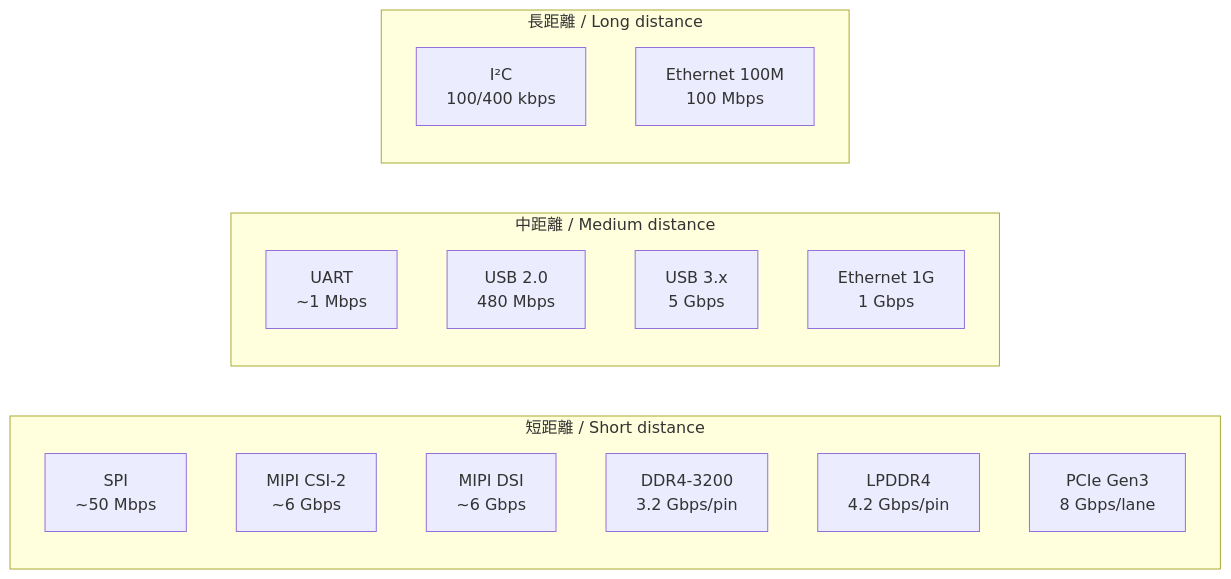
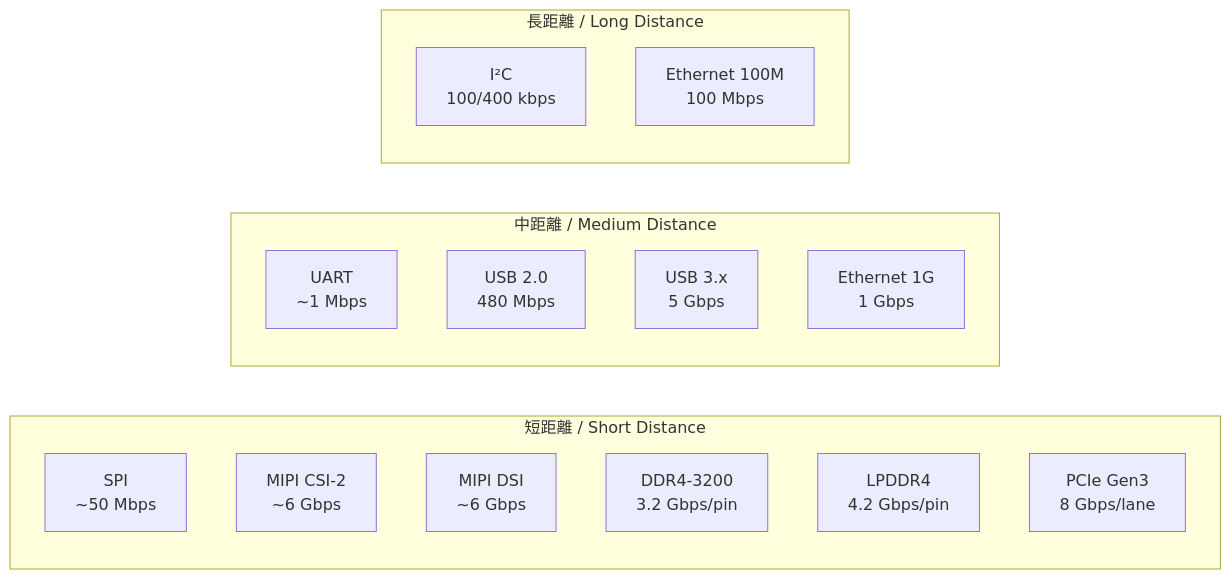
The diagram in chapter5a_spec_module_if/appendix_5a3_interface_speed_map.md (Samizo-AITL/Edusemi-v4x), drawn with Mermaid before and after one commit. The commit also changed other lines of this file, not shown here.

````diff
--- a/chapter5a_spec_module_if/appendix_5a3_interface_speed_map.md
+++ b/chapter5a_spec_module_if/appendix_5a3_interface_speed_map.md
@@ -45,24 +45,24 @@
 ```mermaid
-%% Bandwidth vs Distance chart (log scale impression)
+%% Bandwidth vs Distance chart (categorized)
 graph LR
-    subgraph Short_Distance[短距離 / Short distance]
+    subgraph Short_Distance[短距離 / Short Distance]
         SPI[SPI<br/>~50 Mbps]
         MIPI_CSI[MIPI CSI-2<br/>~6 Gbps]
         MIPI_DSI[MIPI DSI<br/>~6 Gbps]
         DDR4[DDR4-3200<br/>3.2 Gbps/pin]
         LPDDR4[LPDDR4<br/>4.2 Gbps/pin]
         PCIe[PCIe Gen3<br/>8 Gbps/lane]
     end
 
-    subgraph Medium_Distance[中距離 / Medium distance]
+    subgraph Medium_Distance[中距離 / Medium Distance]
         UART[UART<br/>~1 Mbps]
         USB2[USB 2.0<br/>480 Mbps]
         USB3[USB 3.x<br/>5 Gbps]
         Ethernet1G[Ethernet 1G<br/>1 Gbps]
     end
 
-    subgraph Long_Distance[長距離 / Long distance]
+    subgraph Long_Distance[長距離 / Long Distance]
         I2C[I²C<br/>100/400 kbps]
         Ethernet100M[Ethernet 100M<br/>100 Mbps]
     end
 ```
````
